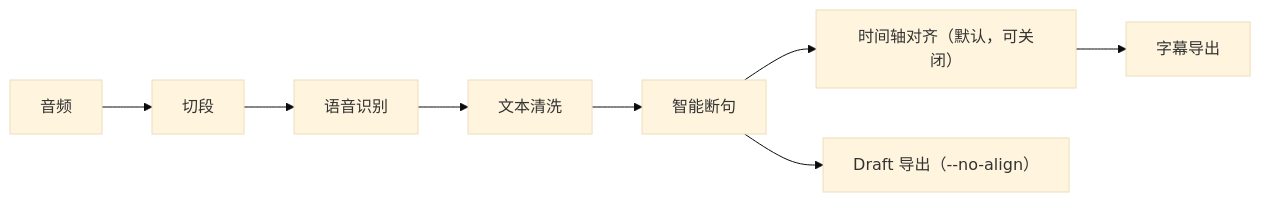
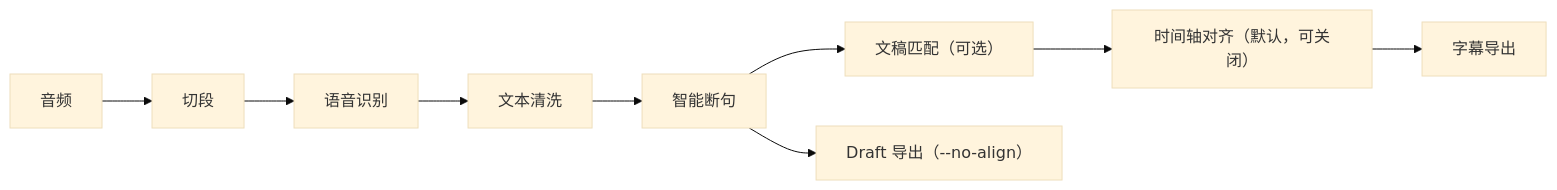
Before and after one commit to R-jed/Subtap: the diagram in README.md, drawn with Mermaid (base theme). The commit also changed other lines of this file, not shown here.

````diff
--- a/README.md
+++ b/README.md
@@ -84,10 +85,11 @@
 ```mermaid
 graph LR
     A[音频] --> B[切段]
     B --> C[语音识别]
     C --> D[文本清洗]
     D --> E[智能断句]
-    E --> F[时间轴对齐（默认，可关闭）]
-    F --> G[字幕导出]
-    E --> H[Draft 导出（--no-align）]
+    E --> F[文稿匹配（可选）]
+    F --> G[时间轴对齐（默认，可关闭）]
+    G --> H[字幕导出]
+    E --> I[Draft 导出（--no-align）]
 ```
````
